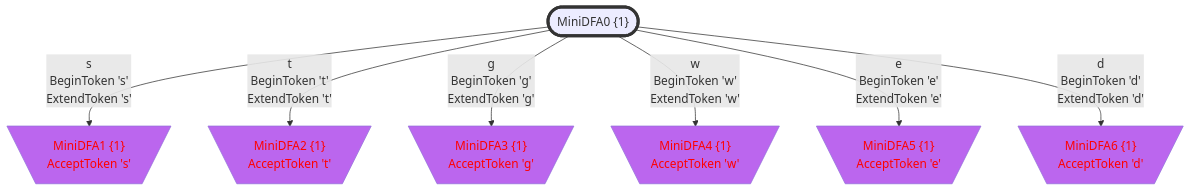
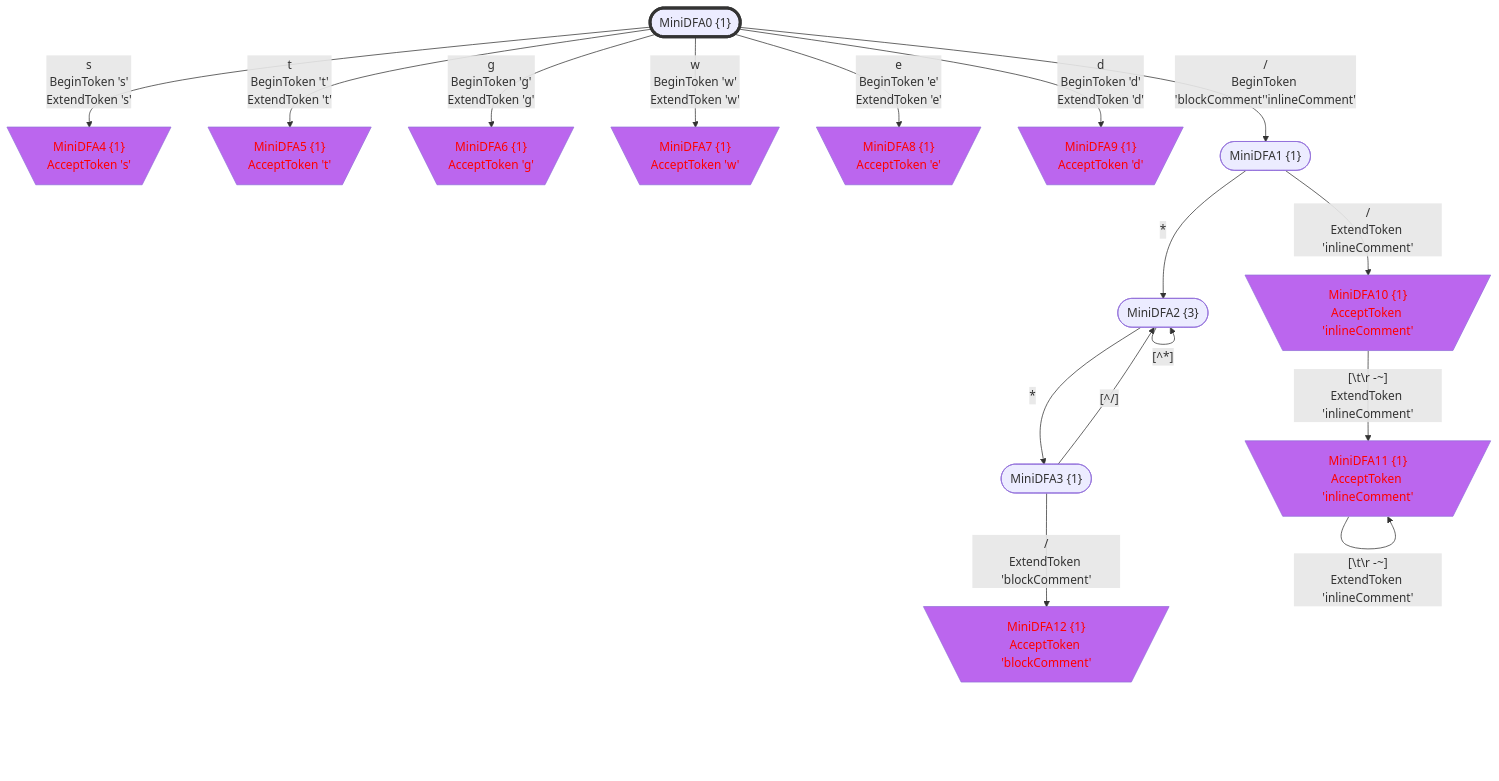
One commit to bitzhuwei/GrammarMentor changed the seventh of 7 diagrams in Practices/Practice.GeneratedXxxFormat.Test/GeneratedSES/doc/LexicalStates.gen.md. Above: the diagram before and after it, drawn with Mermaid. The commit also changed other lines of this file and 3868 other files, not shown here.

````diff
--- a/Practices/Practice.GeneratedXxxFormat.Test/GeneratedSES/doc/LexicalStates.gen.md
+++ b/Practices/Practice.GeneratedXxxFormat.Test/GeneratedSES/doc/LexicalStates.gen.md
@@ -748,56 +1181,82 @@
 ```Mermaid
 flowchart
 classDef c0001 color:#FF0000;
 classDef c0010 stroke-dasharray: 10 10;
 classDef c0011 stroke-dasharray: 10 10,color:#FF0000;
 classDef c0100 fill:#BB66EE;
 classDef c0101 fill:#BB66EE,color:#FF0000;
 classDef c0110 fill:#BB66EE,stroke-dasharray: 10 10;
 classDef c0111 fill:#BB66EE,stroke-dasharray: 10 10,color:#FF0000;
 classDef c1000 stroke:#333,stroke-width:4px;
 classDef c1001 stroke:#333,stroke-width:4px,color:#FF0000;
 classDef c1010 stroke:#333,stroke-width:4px,stroke-dasharray: 10 10;
 classDef c1011 stroke:#333,stroke-width:4px,stroke-dasharray: 10 10,color:#FF0000;
 classDef c1100 stroke:#333,stroke-width:4px,fill:#BB66EE;
 classDef c1101 stroke:#333,stroke-width:4px,fill:#BB66EE,color:#FF0000;
 classDef c1110 stroke:#333,stroke-width:4px,fill:#BB66EE,stroke-dasharray: 10 10;
 classDef c1111 stroke:#333,stroke-width:4px,fill:#BB66EE,stroke-dasharray: 10 10,color:#FF0000;
-MiniDFA0_585917162(["MiniDFA0 {1}"])
-class MiniDFA0_585917162 c1000;
-MiniDFA1_-240199859[\"MiniDFA1 {1}
+MiniDFA0_-1374853353(["MiniDFA0 {1}"])
+class MiniDFA0_-1374853353 c1000;
+MiniDFA4_-2079138749[\"MiniDFA4 {1}
 AcceptToken 's'"/]
-class MiniDFA1_-240199859 c0101;
-MiniDFA2_1028159909[\"MiniDFA2 {1}
+class MiniDFA4_-2079138749 c0101;
+MiniDFA5_-457621818[\"MiniDFA5 {1}
 AcceptToken 't'"/]
-class MiniDFA2_1028159909 c0101;
-MiniDFA3_566924018[\"MiniDFA3 {1}
+class MiniDFA5_-457621818 c0101;
+MiniDFA6_511684543[\"MiniDFA6 {1}
 AcceptToken 'g'"/]
-class MiniDFA3_566924018 c0101;
-MiniDFA4_1609187585[\"MiniDFA4 {1}
+class MiniDFA6_511684543 c0101;
+MiniDFA7_-1236270071[\"MiniDFA7 {1}
 AcceptToken 'w'"/]
-class MiniDFA4_1609187585 c0101;
-MiniDFA5_1522998107[\"MiniDFA5 {1}
+class MiniDFA7_-1236270071 c0101;
+MiniDFA8_-1428199615[\"MiniDFA8 {1}
 AcceptToken 'e'"/]
-class MiniDFA5_1522998107 c0101;
-MiniDFA6_1977924070[\"MiniDFA6 {1}
+class MiniDFA8_-1428199615 c0101;
+MiniDFA9_-830418548[\"MiniDFA9 {1}
 AcceptToken 'd'"/]
-class MiniDFA6_1977924070 c0101;
-MiniDFA0_585917162 -->|"s
+class MiniDFA9_-830418548 c0101;
+MiniDFA1_-1434017908(["MiniDFA1 {1}"])
+MiniDFA2_1078136426(["MiniDFA2 {3}"])
+MiniDFA10_1509238363[\"MiniDFA10 {1}
+AcceptToken 'inlineComment'"/]
+class MiniDFA10_1509238363 c0101;
+MiniDFA3_-1680542343(["MiniDFA3 {1}"])
+MiniDFA11_-808404463[\"MiniDFA11 {1}
+AcceptToken 'inlineComment'"/]
+class MiniDFA11_-808404463 c0101;
+MiniDFA12_-421454105[\"MiniDFA12 {1}
+AcceptToken 'blockComment'"/]
+class MiniDFA12_-421454105 c0101;
+MiniDFA0_-1374853353 -->|"s
 BeginToken 's'
-ExtendToken 's'"|MiniDFA1_-240199859
-MiniDFA0_585917162 -->|"t
+ExtendToken 's'"|MiniDFA4_-2079138749
+MiniDFA0_-1374853353 -->|"t
 BeginToken 't'
-ExtendToken 't'"|MiniDFA2_1028159909
-MiniDFA0_585917162 -->|"g
+ExtendToken 't'"|MiniDFA5_-457621818
+MiniDFA0_-1374853353 -->|"g
 BeginToken 'g'
-ExtendToken 'g'"|MiniDFA3_566924018
-MiniDFA0_585917162 -->|"w
+ExtendToken 'g'"|MiniDFA6_511684543
+MiniDFA0_-1374853353 -->|"w
 BeginToken 'w'
-ExtendToken 'w'"|MiniDFA4_1609187585
-MiniDFA0_585917162 -->|"e
+ExtendToken 'w'"|MiniDFA7_-1236270071
+MiniDFA0_-1374853353 -->|"e
 BeginToken 'e'
-ExtendToken 'e'"|MiniDFA5_1522998107
-MiniDFA0_585917162 -->|"d
+ExtendToken 'e'"|MiniDFA8_-1428199615
+MiniDFA0_-1374853353 -->|"d
 BeginToken 'd'
-ExtendToken 'd'"|MiniDFA6_1977924070
+ExtendToken 'd'"|MiniDFA9_-830418548
+MiniDFA0_-1374853353 -->|"/
+BeginToken 'blockComment''inlineComment'"|MiniDFA1_-1434017908
+MiniDFA1_-1434017908 -->|"*"|MiniDFA2_1078136426
+MiniDFA1_-1434017908 -->|"/
+ExtendToken 'inlineComment'"|MiniDFA10_1509238363
+MiniDFA2_1078136426 -->|"[^*]"|MiniDFA2_1078136426
+MiniDFA2_1078136426 -->|"*"|MiniDFA3_-1680542343
+MiniDFA10_1509238363 -->|"[#92;t#92;r#32;-~]
+ExtendToken 'inlineComment'"|MiniDFA11_-808404463
+MiniDFA3_-1680542343 -->|"[^/]"|MiniDFA2_1078136426
+MiniDFA3_-1680542343 -->|"/
+ExtendToken 'blockComment'"|MiniDFA12_-421454105
+MiniDFA11_-808404463 -->|"[#92;t#92;r#32;-~]
+ExtendToken 'inlineComment'"|MiniDFA11_-808404463
 ```
````
